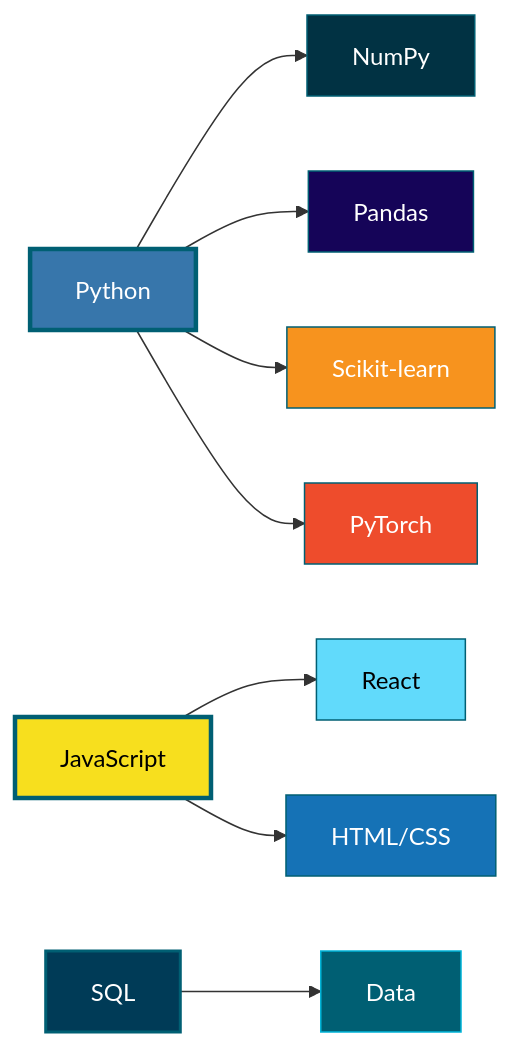
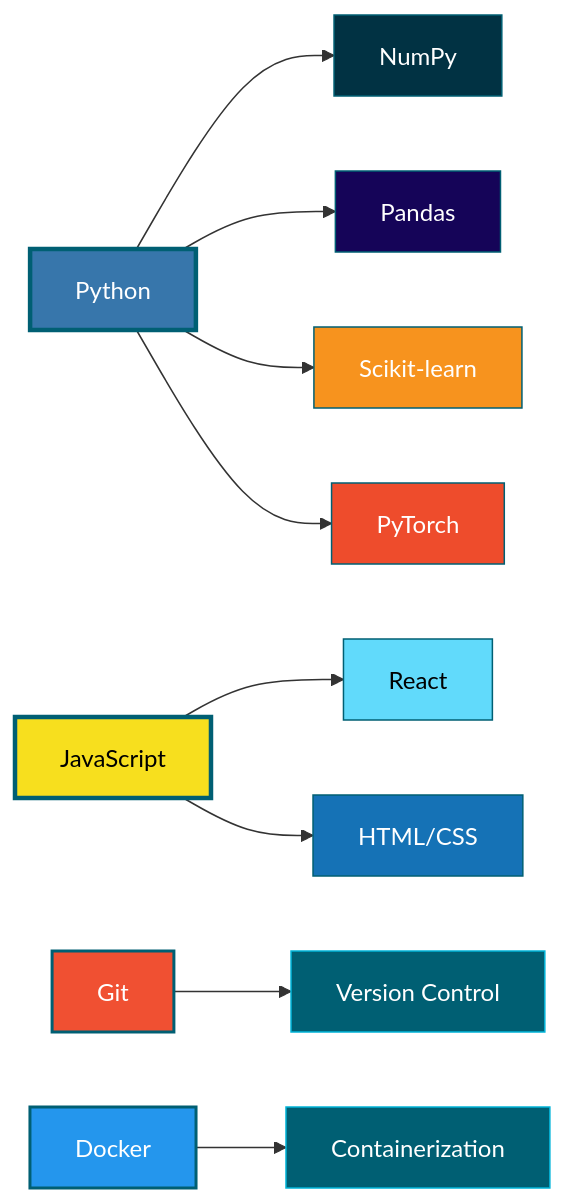
The diagram in README.md (Thedarkiin/Thedarkiin), drawn with Mermaid before and after one commit. The commit also changed other lines of this file, not shown here.

````diff
--- a/README.md
+++ b/README.md
@@ -41,23 +42,26 @@
 ```mermaid
 graph LR
     A["Python"] --> B["NumPy"]
     A --> C["Pandas"]
     A --> D["Scikit-learn"]
     A --> E["PyTorch"]
     
     F["JavaScript"] --> G["React"]
     F --> H["HTML/CSS"]
     
-    I["SQL"] --> J["Data"]
+    I["Git"] --> J["Version Control"]
+    K["Docker"] --> L["Containerization"]
     
     style A fill:#3776AB,stroke:#005f73,color:#fff,stroke-width:3px
     style B fill:#013243,stroke:#005f73,color:#fff
     style C fill:#150458,stroke:#005f73,color:#fff
     style D fill:#F7931E,stroke:#005f73,color:#fff
     style E fill:#EE4C2C,stroke:#005f73,color:#fff
     style F fill:#F7DF1E,stroke:#005f73,color:#000,stroke-width:3px
     style G fill:#61DAFB,stroke:#005f73,color:#000
     style H fill:#1572B6,stroke:#005f73,color:#fff
-    style I fill:#003B57,stroke:#005f73,color:#fff,stroke-width:2px
+    style I fill:#F05032,stroke:#005f73,color:#fff,stroke-width:2px
+    style K fill:#2496ED,stroke:#005f73,color:#fff,stroke-width:2px
     style J fill:#005f73,stroke:#00B4D8,color:#fff
+    style L fill:#005f73,stroke:#00B4D8,color:#fff
 ```
````
